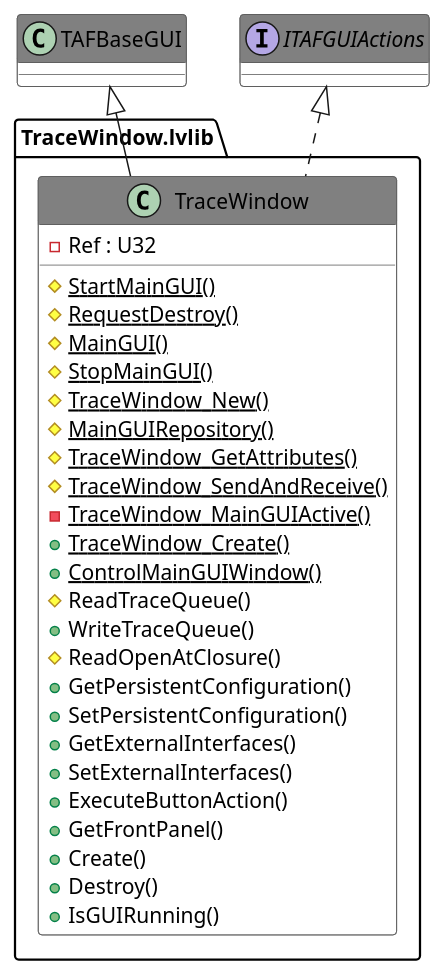
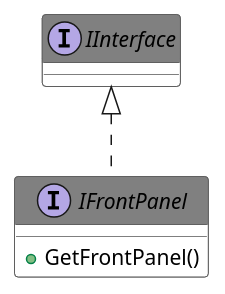
Before and after one commit to PatriekBruins/TriekselsoftApplicationFramework: the diagram in Source/Antidoc-Output/Includes/029.adoc, drawn with PlantUML. The commit also changed other lines of this file and 692 other files, not shown here.

```diff
--- a/Source/Antidoc-Output/Includes/029.adoc
+++ b/Source/Antidoc-Output/Includes/029.adoc
@@ -8,46 +8,22 @@
 [plantuml, format="svg", align="center"]
 ....
 @startuml
 set namespaceSeparator :
 skinparam ClassBackgroundColor #FFFFFF
 skinparam ClassBorderColor #555555
 skinparam ClassFontColor #000000
 skinparam ClassHeaderBackgroundColor #808080
 
 skinparam top to bottom direction
-class "TraceWindow.lvlib:TraceWindow" {
-{field} -Ref : U32
-{static} {method} #StartMainGUI()
-{static} {method} #RequestDestroy()
-{static} {method} #MainGUI()
-{static} {method} #StopMainGUI()
-{static} {method} #TraceWindow_New()
-{static} {method} #MainGUIRepository()
-{static} {method} #TraceWindow_GetAttributes()
-{static} {method} #TraceWindow_SendAndReceive()
-{static} {method} -TraceWindow_MainGUIActive()
-{static} {method} +TraceWindow_Create()
-{static} {method} +ControlMainGUIWindow()
-{method} #ReadTraceQueue()
-{method} +WriteTraceQueue()
-{method} #ReadOpenAtClosure()
-{method} +GetPersistentConfiguration()
-{method} +SetPersistentConfiguration()
-{method} +GetExternalInterfaces()
-{method} +SetExternalInterfaces()
-{method} +ExecuteButtonAction()
+interface "IFrontPanel" {
 {method} +GetFrontPanel()
-{method} +Create()
-{method} +Destroy()
-{method} +IsGUIRunning()
 
 }
-"TAFBaseGUI" <|-- "TraceWindow.lvlib:TraceWindow"
-"ITAFGUIActions" <|.. "TraceWindow.lvlib:TraceWindow"
-interface "ITAFGUIActions" {}
+"IInterface" <|.. "IFrontPanel"
+interface "IInterface" {}
 
 
 
 
 @enduml
 ....
```
